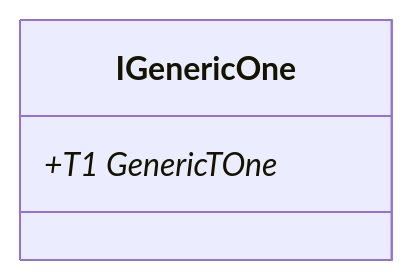
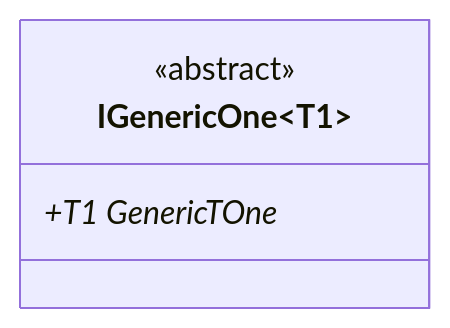
One commit to erichiller/gh-action-cs-metrics changed the fourth of 7 diagrams in test/SampleProject/CODE_METRICS.md. Above: the diagram before and after it, drawn with Mermaid. The commit also changed other lines of this file, not shown here.

````diff
--- a/test/SampleProject/CODE_METRICS.md
+++ b/test/SampleProject/CODE_METRICS.md
@@ -256,10 +265,11 @@
 ```mermaid
 %%{init: {
     'fontFamily': 'monospace'
 } }%%
 classDiagram
-class SomeRoot_SampleProject_IGenericOne_T1_ ["IGenericOne"] {
+class SomeRoot_SampleProject_IGenericOne_T1_ ["IGenericOne&lt;T1&gt;"] {
+    <<abstract>>
     +T1 GenericTOne*
 }
 
 ```
````
